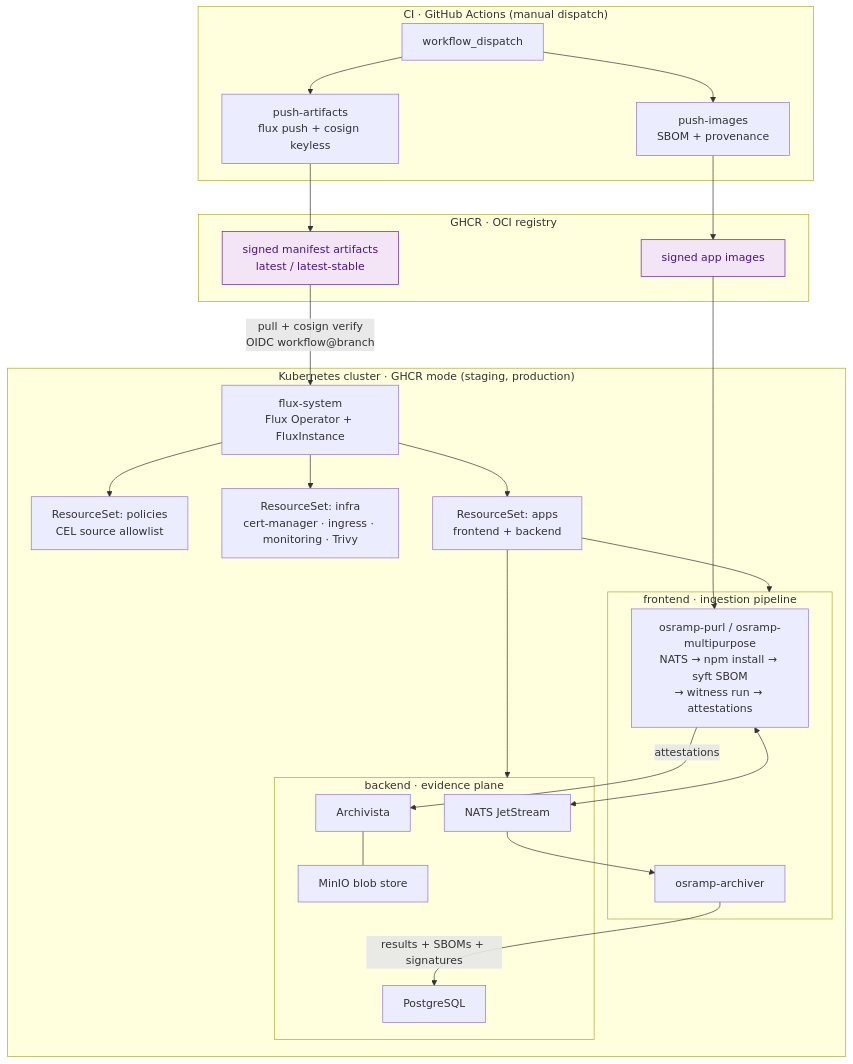
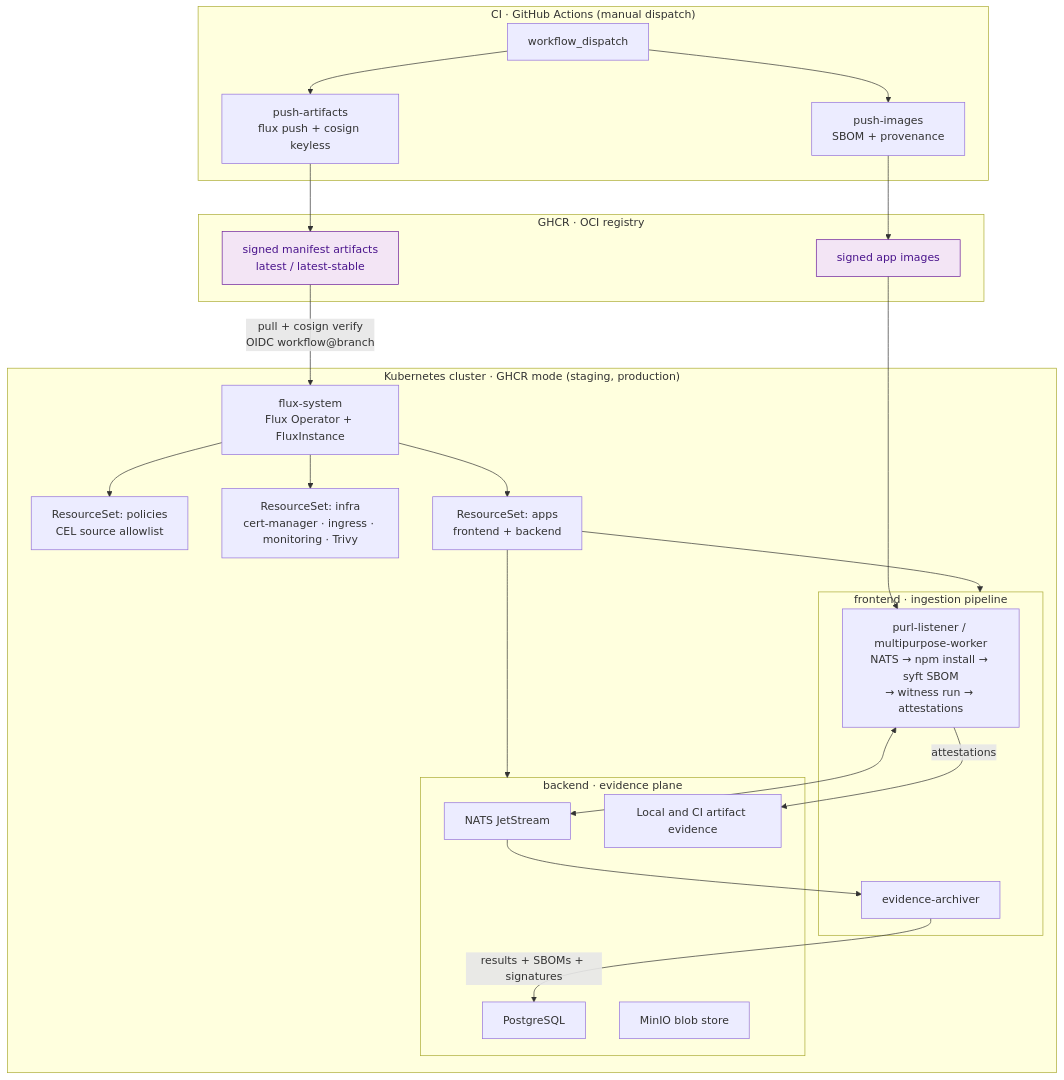
One commit to sublimino/architecture-as-code changed the first of 2 diagrams in README.md. Above: the diagram before and after it, drawn with Mermaid. The commit also changed other lines of this file and 9 other files, not shown here.

````diff
--- a/README.md
+++ b/README.md
@@ -66,51 +66,50 @@
 ```mermaid
 flowchart TB
   subgraph ci["CI · GitHub Actions (manual dispatch)"]
     GP["workflow_dispatch"]
     PA["push-artifacts<br/>flux push + cosign keyless"]
     PI["push-images<br/>SBOM + provenance"]
     GP --> PA
     GP --> PI
   end
 
   subgraph reg["GHCR · OCI registry"]
     ART["signed manifest artifacts<br/>latest / latest-stable"]
     IMG["signed app images"]
   end
   PA --> ART
   PI --> IMG
 
   subgraph k8s["Kubernetes cluster · GHCR mode (staging, production)"]
     FLUX["flux-system<br/>Flux Operator + FluxInstance"]
     RSP["ResourceSet: policies<br/>CEL source allowlist"]
     RSI["ResourceSet: infra<br/>cert-manager · ingress · monitoring · Trivy"]
     RSA["ResourceSet: apps<br/>frontend + backend"]
     FLUX --> RSP
     FLUX --> RSI
     FLUX --> RSA
 
     subgraph fe["frontend · ingestion pipeline"]
-      PURL["osramp-purl / osramp-multipurpose<br/>NATS → npm install → syft SBOM<br/>→ witness run → attestations"]
-      ARCH["osramp-archiver"]
+      PURL["purl-listener / multipurpose-worker<br/>NATS → npm install → syft SBOM<br/>→ witness run → attestations"]
+      ARCH["evidence-archiver"]
     end
     subgraph be["backend · evidence plane"]
       NATS["NATS JetStream"]
-      ARV["Archivista"]
+      EVIDENCE["Local and CI artifact evidence"]
       PG["PostgreSQL"]
       MINIO["MinIO blob store"]
     end
   end
 
   ART -- "pull + cosign verify<br/>OIDC workflow@branch" --> FLUX
   IMG --> PURL
   RSA --> fe
   RSA --> be
   PURL <--> NATS
-  PURL -- attestations --> ARV
+  PURL -- attestations --> EVIDENCE
   NATS --> ARCH
   ARCH -- "results + SBOMs + signatures" --> PG
-  ARV --- MINIO
 
   classDef reg fill:#f3e5f5,stroke:#6a1b9a,color:#4a148c;
   class ART,IMG reg;
 ```
````
